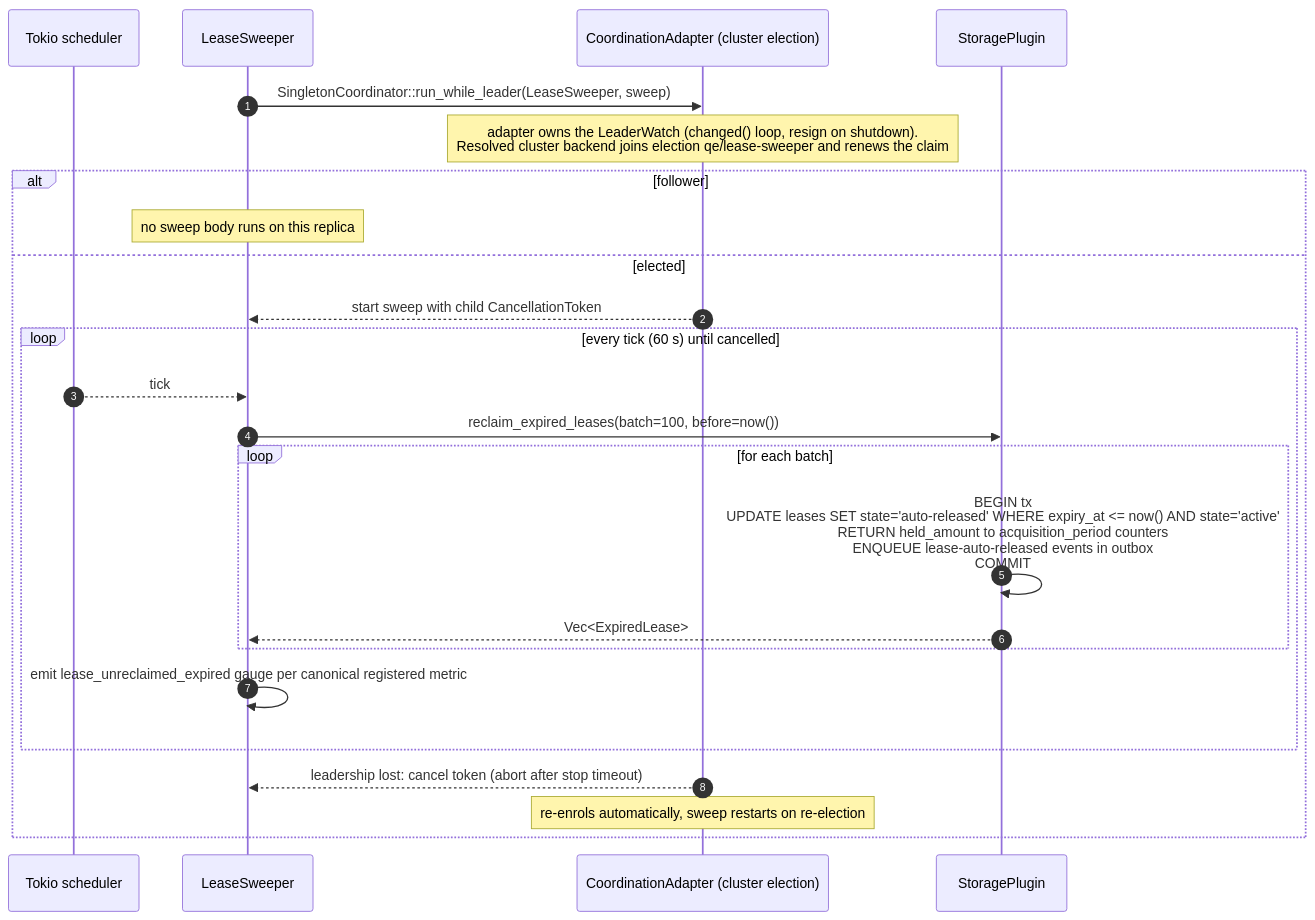
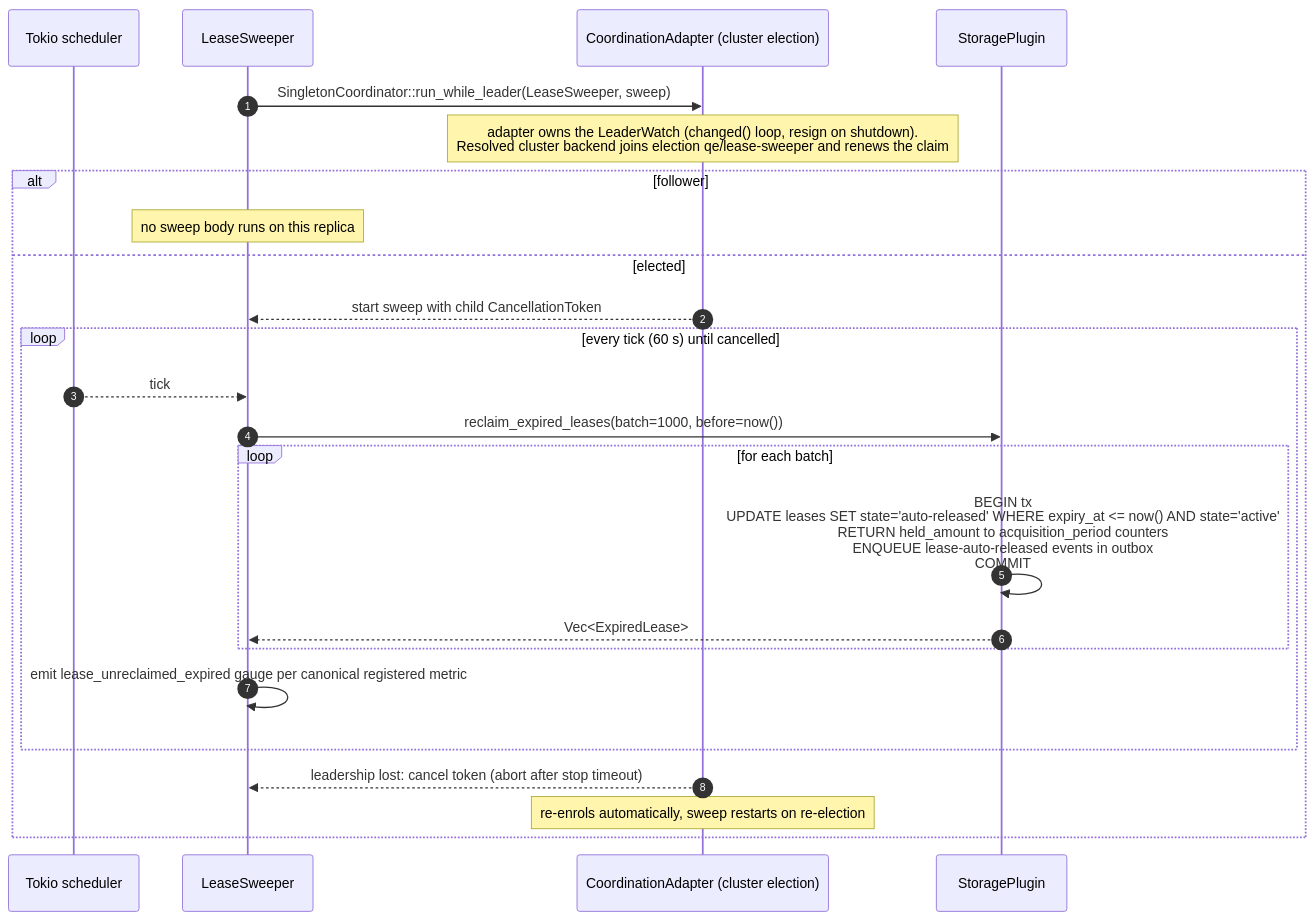
Before and after one commit to constructorfabric/gears-rust: the ninth of 18 diagrams in gears/system/quota-enforcement/docs/DESIGN.md, drawn with Mermaid. The commit also changed other lines of this file and 285 other files, not shown here.

````diff
--- a/gears/system/quota-enforcement/docs/DESIGN.md
+++ b/gears/system/quota-enforcement/docs/DESIGN.md
@@ -2053,27 +2089,27 @@
 ```mermaid
 sequenceDiagram
     autonumber
     participant Sched as Tokio scheduler
     participant LS as LeaseSweeper
     participant CA as CoordinationAdapter (cluster election)
     participant SP as StoragePlugin
 
     LS ->> CA: SingletonCoordinator::run_while_leader(LeaseSweeper, sweep)
     Note over CA: adapter owns the LeaderWatch (changed() loop, resign on shutdown).<br/>Resolved cluster backend joins election qe/lease-sweeper and renews the claim
     alt follower
         Note over LS: no sweep body runs on this replica
     else elected
         CA -->> LS: start sweep with child CancellationToken
         loop every tick (60 s) until cancelled
             Sched -->> LS: tick
-            LS ->> SP: reclaim_expired_leases(batch=100, before=now())
+            LS ->> SP: reclaim_expired_leases(batch=1000, before=now())
             loop for each batch
                 SP ->> SP: BEGIN tx<br/>UPDATE leases SET state='auto-released' WHERE expiry_at <= now() AND state='active'<br/>RETURN held_amount to acquisition_period counters<br/>ENQUEUE lease-auto-released events in outbox<br/>COMMIT
                 SP -->> LS: Vec<ExpiredLease>
             end
             LS ->> LS: emit lease_unreclaimed_expired gauge per canonical registered metric
         end
         CA -->> LS: leadership lost: cancel token (abort after stop timeout)
         Note over CA: re-enrols automatically, sweep restarts on re-election
     end
 ```
````
